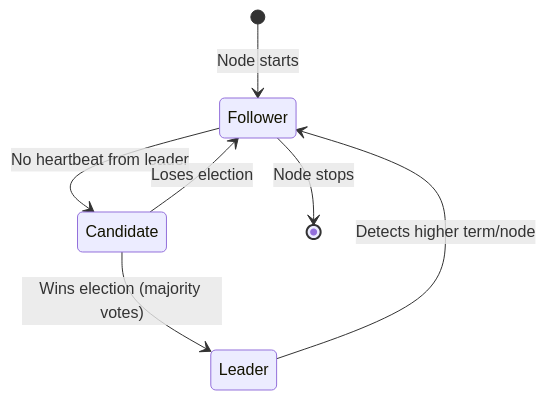
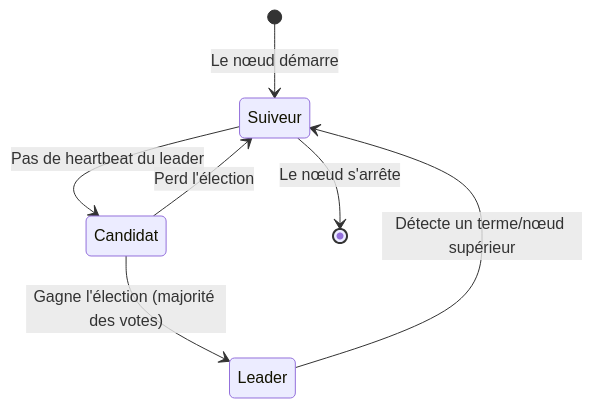
Before and after one commit to dardourimohamed/distributed-systems-course: the sixth of 8 diagrams in src/data-store/06-replication.md, drawn with Mermaid. The commit also changed other lines of this file and 38 other files, not shown here.

````diff
--- a/src/data-store/06-replication.md
+++ b/src/data-store/06-replication.md
@@ -156,9 +156,9 @@
 ```mermaid
 stateDiagram-v2
-    [*] --> Follower: Node starts
-    Follower --> Candidate: No heartbeat from leader
-    Candidate --> Leader: Wins election (majority votes)
-    Candidate --> Follower: Loses election
-    Leader --> Follower: Detects higher term/node
-    Follower --> [*]: Node stops
+    [*] --> Suiveur: Le nœud démarre
+    Suiveur --> Candidat: Pas de heartbeat du leader
+    Candidat --> Leader: Gagne l'élection (majorité des votes)
+    Candidat --> Suiveur: Perd l'élection
+    Leader --> Suiveur: Détecte un terme/nœud supérieur
+    Suiveur --> [*]: Le nœud s'arrête
 ```
````
